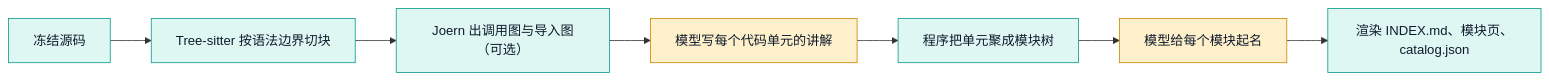
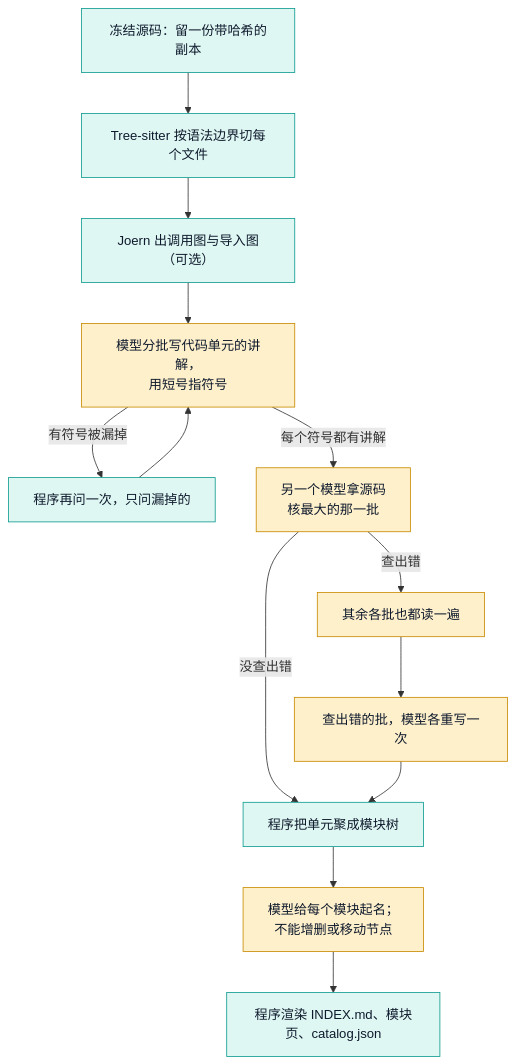
Before and after one commit to zlxdengtianhei/codebase-explorer: the first of 2 diagrams in README.zh-CN.md, drawn with Mermaid. The commit also changed other lines of this file and 1 other file, not shown here.

Commit message:
README: show the pipeline's branches (ask again for skipped symbols, sampled check, rewrite) and add a diagram of how the result is read

````diff
--- a/README.zh-CN.md
+++ b/README.zh-CN.md
@@ -87,13 +87,19 @@
 ```mermaid
-flowchart LR
-  A["冻结源码"] --> B["Tree-sitter 按语法边界切块"]
+flowchart TD
+  A["冻结源码：留一份带哈希的副本"] --> B["Tree-sitter 按语法边界切每个文件"]
   B --> C["Joern 出调用图与导入图（可选）"]
-  C --> D["模型写每个代码单元的讲解"]
-  D --> E["程序把单元聚成模块树"]
-  E --> F["模型给每个模块起名"]
-  F --> G["渲染 INDEX.md、模块页、catalog.json"]
+  C --> D["模型分批写代码单元的讲解，<br/>用短号指符号"]
+  D -->|"有符号被漏掉"| D2["程序再问一次，只问漏掉的"]
+  D2 --> D
+  D -->|"每个符号都有讲解"| R["另一个模型拿源码<br/>核最大的那一批"]
+  R -->|"查出错"| R2["其余各批也都读一遍"]
+  R2 --> W["查出错的批，模型各重写一次"]
+  R -->|"没查出错"| E["程序把单元聚成模块树"]
+  W --> E
+  E --> F["模型给每个模块起名；<br/>不能增删或移动节点"]
+  F --> G["程序渲染 INDEX.md、模块页、catalog.json"]
   classDef program fill:#dff7f3,stroke:#0f9b8e,color:#0f1b2d
   classDef model fill:#fff0cc,stroke:#c98a00,color:#0f1b2d
-  class A,B,C,E,G program
-  class D,F model
+  class A,B,C,D2,E,G program
+  class D,R,R2,W,F model
 ```
````
